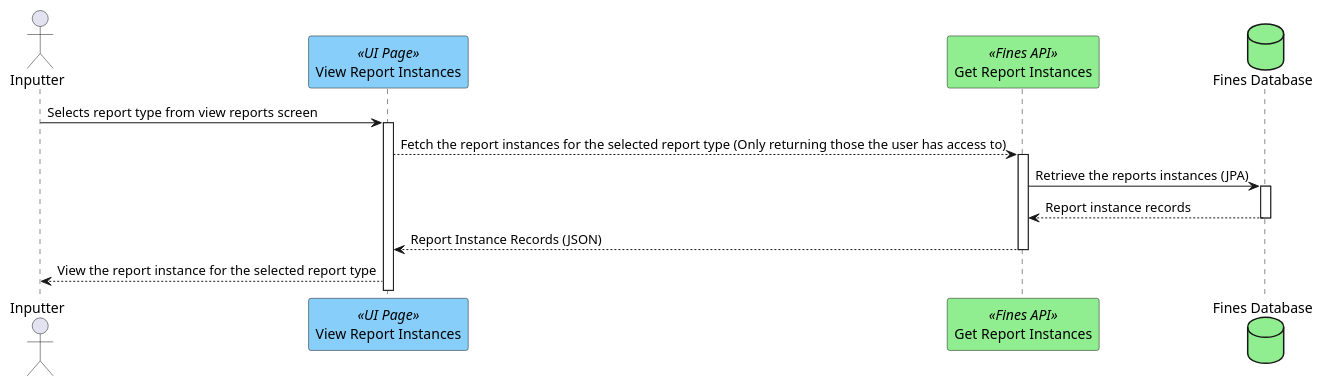
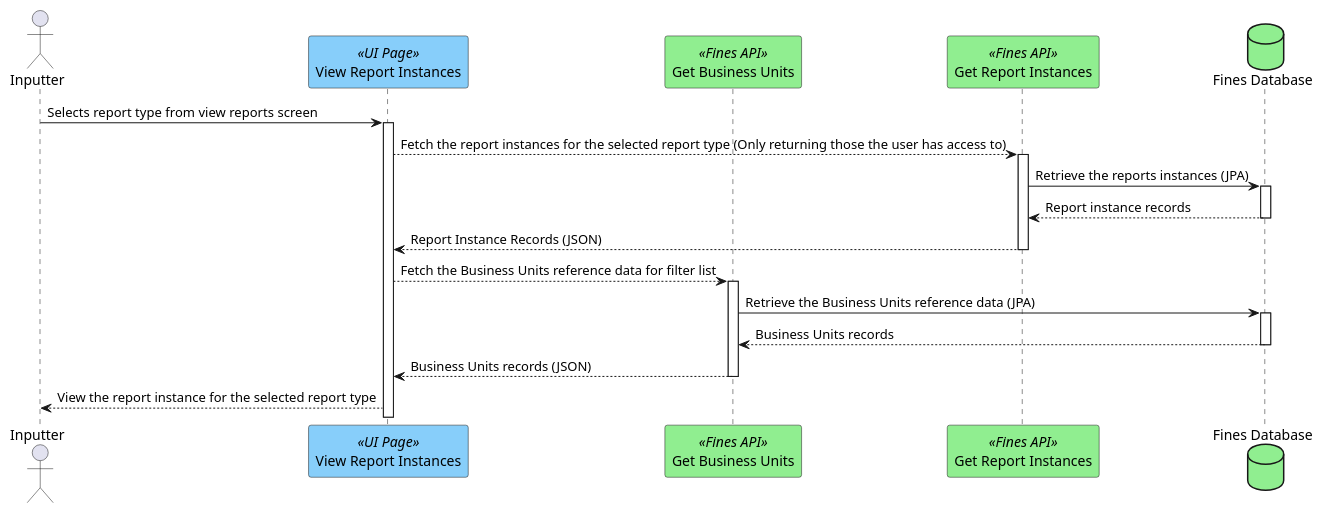
Before and after one commit to hmcts/opal-docs: the diagram in plantUML/fae-reports/fae-view_reports_instances.puml, drawn with PlantUML. The commit also changed 2 other files, not shown here.

Commit message:
Add business unit calls to relevant diagrams and explicitly set report service as a participant in full diagram

```diff
--- a/plantUML/fae-reports/fae-view_reports_instances.puml
+++ b/plantUML/fae-reports/fae-view_reports_instances.puml
@@ -1,14 +1,19 @@
 @startuml
 actor "Inputter" as user
 participant "View Report Instances" as viewReportsInstances <<UI Page>> #lightskyblue
+participant "Get Business Units" as getBusinessUnits <<Fines API>> #lightgreen
 participant "Get Report Instances" as getReportInstances <<Fines API>> #lightgreen
 database "Fines Database" as db #lightgreen
 
 user -> viewReportsInstances ++ : Selects report type from view reports screen
 viewReportsInstances --> getReportInstances++ : Fetch the report instances for the selected report type (Only returning those the user has access to)
 getReportInstances -> db ++ : Retrieve the reports instances (JPA)
 getReportInstances <-- db -- : Report instance records
 viewReportsInstances <-- getReportInstances-- : Report Instance Records (JSON)
+viewReportsInstances --> getBusinessUnits++ : Fetch the Business Units reference data for filter list
+getBusinessUnits -> db ++ : Retrieve the Business Units reference data (JPA)
+getBusinessUnits <-- db -- : Business Units records
+viewReportsInstances <-- getBusinessUnits-- : Business Units records (JSON)
 user <-- viewReportsInstances : View the report instance for the selected report type
 
 @enduml
```
